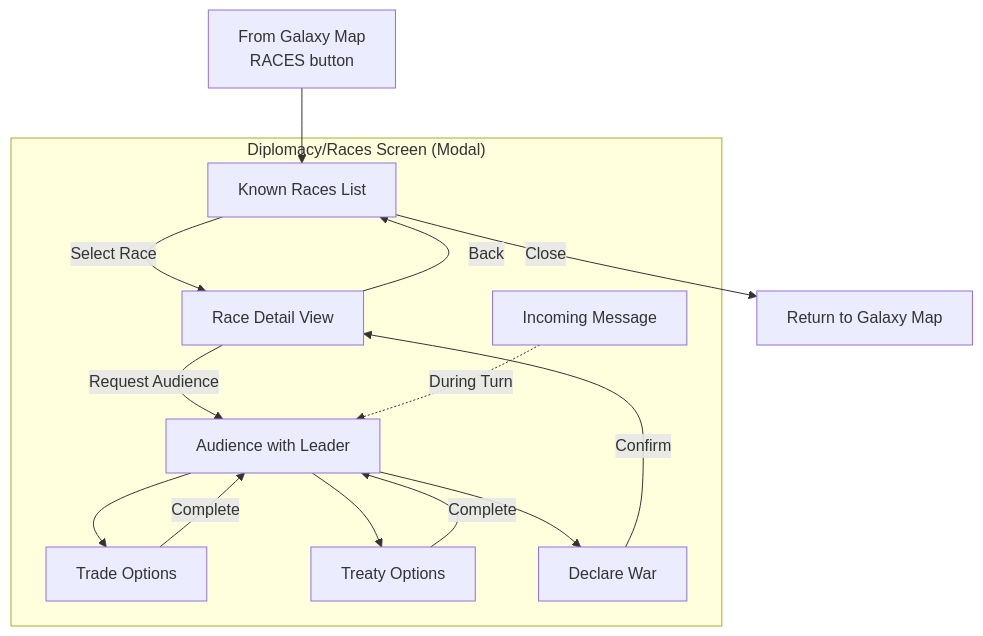
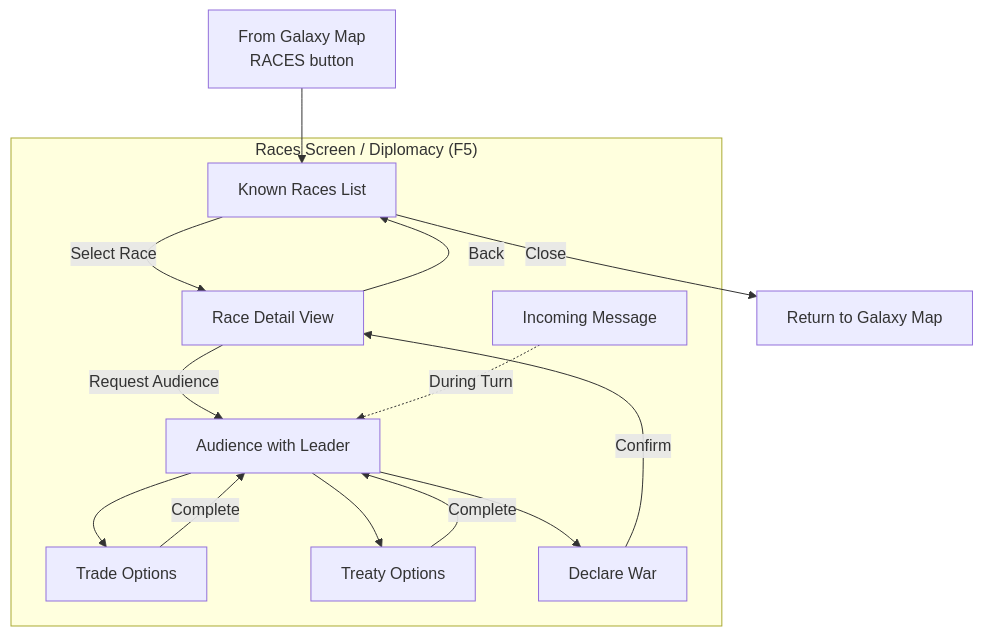
Before and after one commit to jtchilders-ai-assistant/hamster-of-orion: the sixth of 9 diagrams in design/ui-ux/navigation-flow.md, drawn with Mermaid. The commit also changed other lines of this file and 24 other files, not shown here.

````diff
--- a/design/ui-ux/navigation-flow.md
+++ b/design/ui-ux/navigation-flow.md
@@ -288,32 +288,32 @@
 ```mermaid
 flowchart TD
-    subgraph DiplomacyScreen["Diplomacy/Races Screen (Modal)"]
+    subgraph DiplomacyScreen["Races Screen / Diplomacy (F5)"]
         RaceList[Known Races List]
         RaceDetail[Race Detail View]
         Audience[Audience with Leader]
         
         TradeMenu[Trade Options]
         TreatyMenu[Treaty Options]
         DeclareWar[Declare War]
         
         MessageReceive[Incoming Message]
     end
 
     Entry[From Galaxy Map<br/>RACES button] --> RaceList
     
     RaceList -->|"Select Race"| RaceDetail
     RaceDetail -->|"Request Audience"| Audience
     RaceDetail -->|"Back"| RaceList
     
     Audience --> TradeMenu
     Audience --> TreatyMenu
     Audience --> DeclareWar
     
     TradeMenu -->|"Complete"| Audience
     TreatyMenu -->|"Complete"| Audience
     DeclareWar -->|"Confirm"| RaceDetail
     
     RaceList -->|"Close"| Exit[Return to Galaxy Map]
     
     MessageReceive -.->|"During Turn"| Audience
 ```
````
